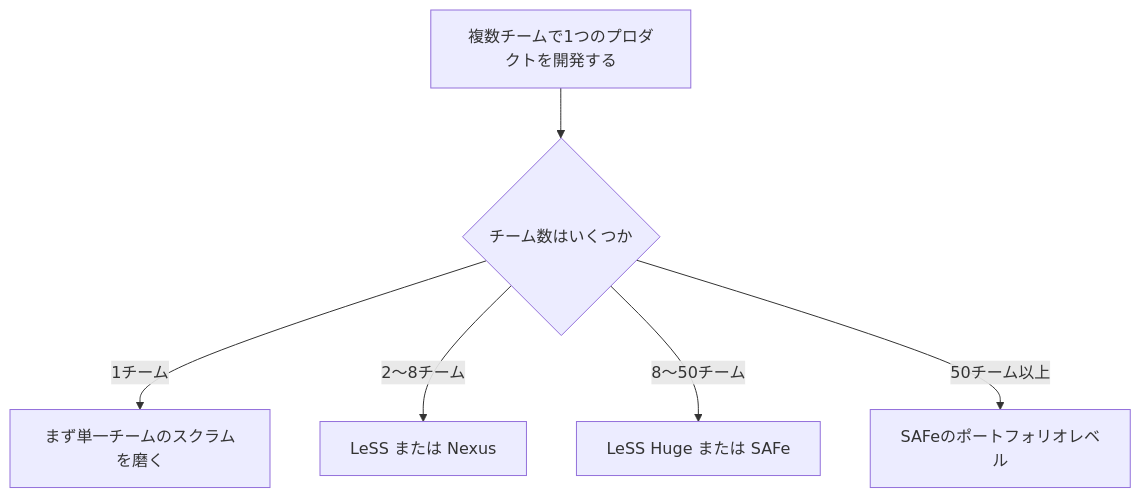
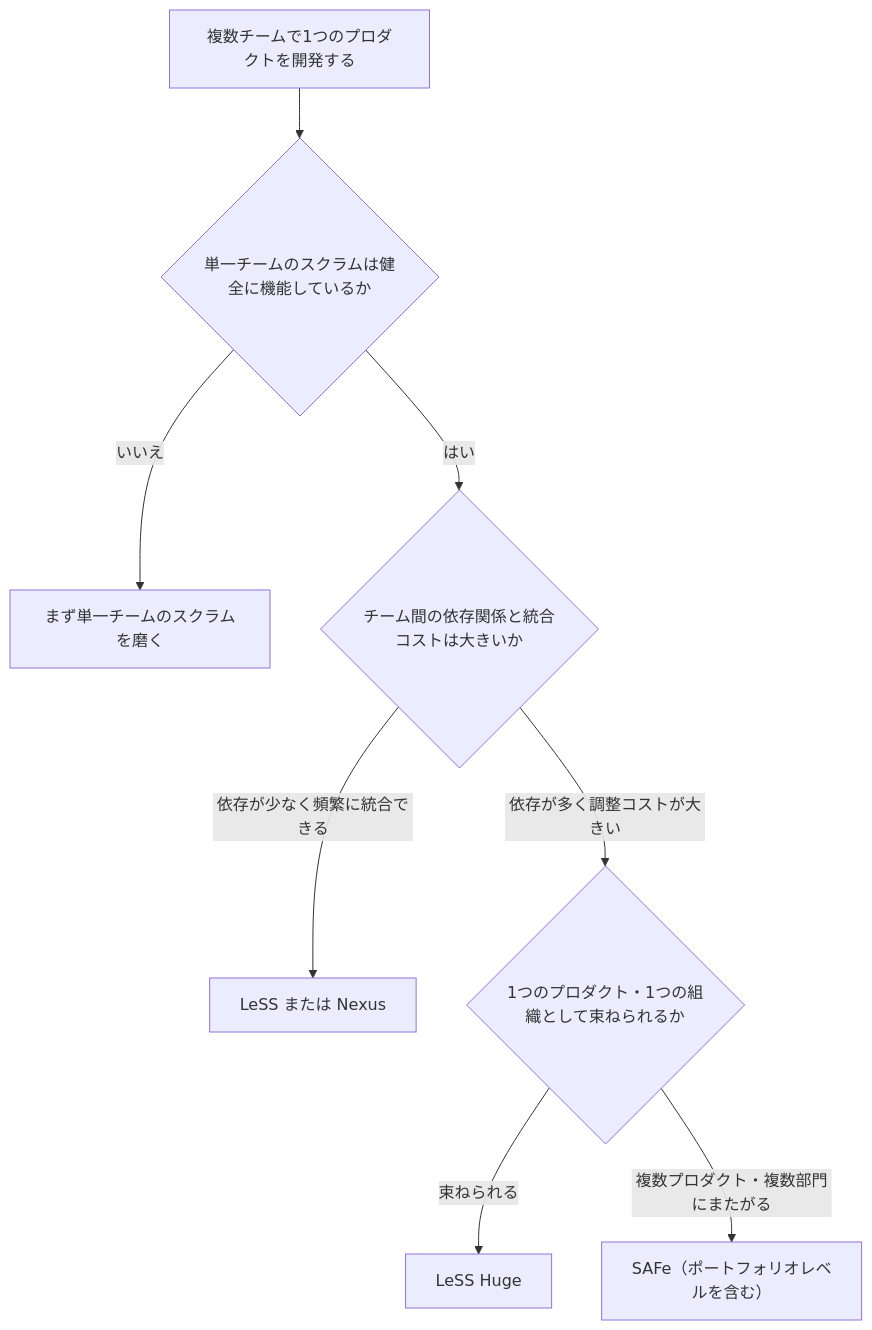
The fifth of 5 diagrams in Scrum-97-things-guide.md (myoshi2891/Management-Team-Building-Studies), drawn with Mermaid before and after one commit. The commit also changed other lines of this file, not shown here.

````diff
--- a/Scrum-97-things-guide.md
+++ b/Scrum-97-things-guide.md
@@ -466,9 +476,11 @@
 ```mermaid
 %%{init: {'flowchart': {'subGraphTitleMargin': {'top': 10, 'bottom': 28}}} }%%
 flowchart TB
-    START["複数チームで1つのプロダクトを開発する"] --> Q1{"チーム数はいくつか"}
-    Q1 -->|"1チーム"| S1["まず単一チームのスクラムを磨く"]
-    Q1 -->|"2〜8チーム"| S2["LeSS または Nexus"]
-    Q1 -->|"8〜50チーム"| S3["LeSS Huge または SAFe"]
-    Q1 -->|"50チーム以上"| S4["SAFeのポートフォリオレベル"]
+    START["複数チームで1つのプロダクトを開発する"] --> Q0{"単一チームのスクラムは健全に機能しているか"}
+    Q0 -->|"いいえ"| S0["まず単一チームのスクラムを磨く"]
+    Q0 -->|"はい"| Q1{"チーム間の依存関係と統合コストは大きいか"}
+    Q1 -->|"依存が少なく頻繁に統合できる"| S1["LeSS または Nexus"]
+    Q1 -->|"依存が多く調整コストが大きい"| Q2{"1つのプロダクト・1つの組織として束ねられるか"}
+    Q2 -->|"束ねられる"| S2["LeSS Huge"]
+    Q2 -->|"複数プロダクト・複数部門にまたがる"| S3["SAFe（ポートフォリオレベルを含む）"]
 ```
````
